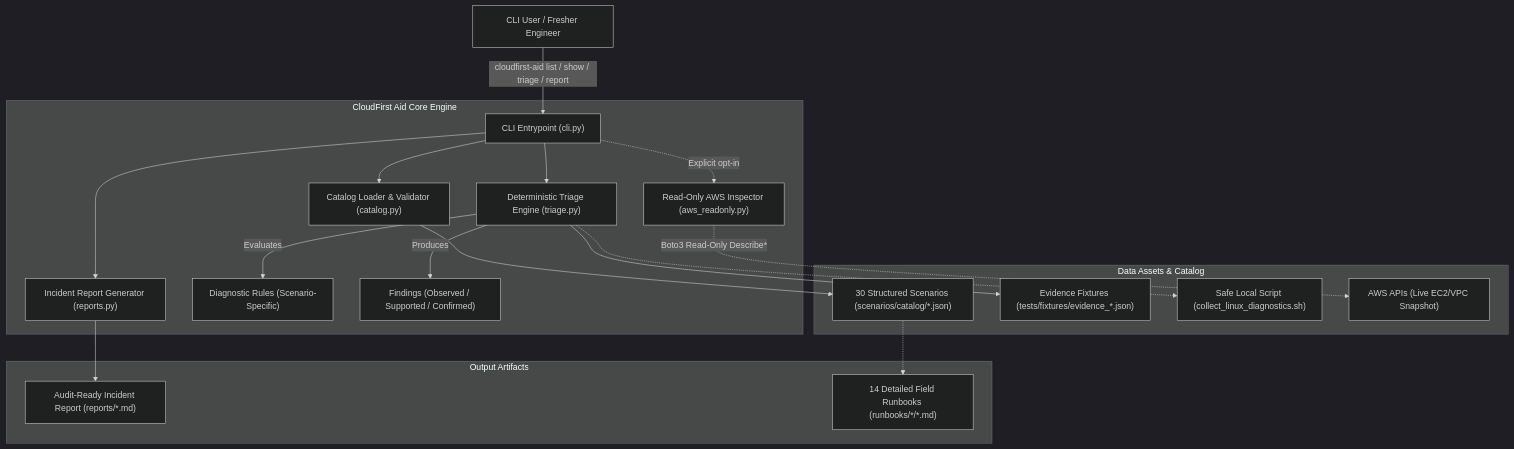
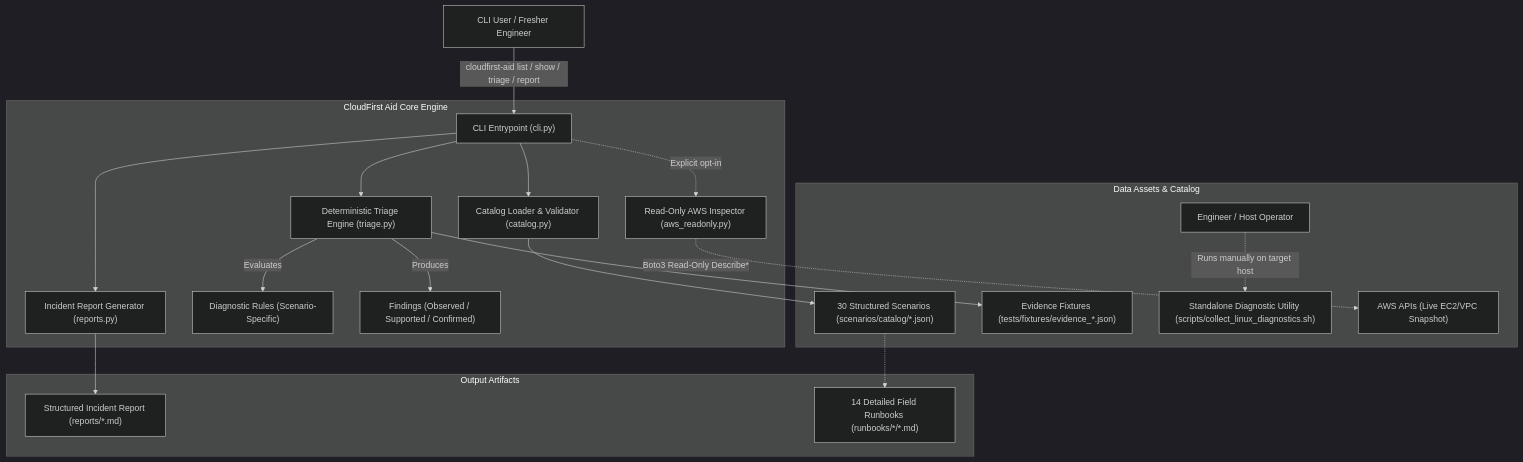
The first of 4 diagrams in docs/diagrams/README.md (sameerhdevops/cloudfirst-aid), drawn with Mermaid (dark theme) before and after one commit. The commit also changed 62 other files, not shown here.

Commit message:
fix(audit): correct triage logic, harden secret redaction, and refine runbooks

````diff
--- a/docs/diagrams/README.md
+++ b/docs/diagrams/README.md
@@ -26,26 +26,26 @@
 ```mermaid
 graph TD
     User["CLI User / Fresher Engineer"] -->|cloudfirst-aid list / show / triage / report| CLI["CLI Entrypoint (cli.py)"]
 
     subgraph CoreEngine["CloudFirst Aid Core Engine"]
         CLI --> CatalogLoader["Catalog Loader & Validator (catalog.py)"]
         CLI --> TriageEngine["Deterministic Triage Engine (triage.py)"]
         CLI --> ReportGen["Incident Report Generator (reports.py)"]
         CLI -.->|Explicit opt-in| AWSInspector["Read-Only AWS Inspector (aws_readonly.py)"]
 
         TriageEngine -->|Evaluates| Rules["Diagnostic Rules (Scenario-Specific)"]
         TriageEngine -->|Produces| Findings["Findings (Observed / Supported / Confirmed)"]
     end
 
     subgraph DataSources["Data Assets & Catalog"]
         CatalogLoader --> CatalogFiles["30 Structured Scenarios (scenarios/catalog/*.json)"]
         TriageEngine --> Fixtures["Evidence Fixtures (tests/fixtures/evidence_*.json)"]
-        TriageEngine -.-> LocalCollector["Safe Local Script (collect_linux_diagnostics.sh)"]
+        Operator["Engineer / Host Operator"] -.->|Runs manually on target host| LocalCollector["Standalone Diagnostic Utility (scripts/collect_linux_diagnostics.sh)"]
         AWSInspector -.->|Boto3 Read-Only Describe*| LiveAWS["AWS APIs (Live EC2/VPC Snapshot)"]
     end
 
     subgraph Outputs["Output Artifacts"]
-        ReportGen --> MarkdownReport["Audit-Ready Incident Report (reports/*.md)"]
+        ReportGen --> MarkdownReport["Structured Incident Report (reports/*.md)"]
         CatalogFiles -.-> Runbooks["14 Detailed Field Runbooks (runbooks/*/*.md)"]
     end
 ```
````
